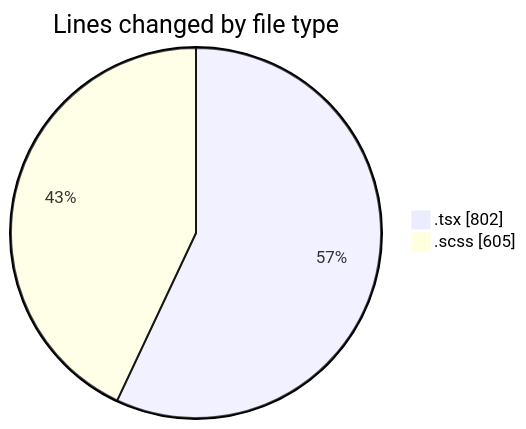
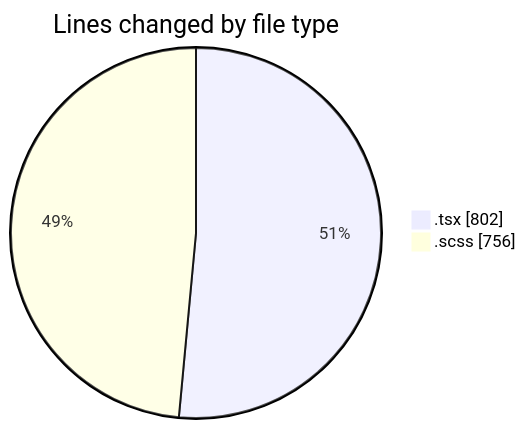
One commit to momahboobian/code-tracking changed the first of 2 diagrams in 2025-03-27/cda/README.md. Above: the diagram before and after it, drawn with Mermaid. The commit also changed other lines of this file and 1 other file, not shown here.

````diff
--- a/2025-03-27/cda/README.md
+++ b/2025-03-27/cda/README.md
@@ -22,6 +22,6 @@
 ```mermaid
 pie showData
 title Lines changed by file type
 ".tsx" : 802
-".scss" : 605
+".scss" : 756
 ```
````
